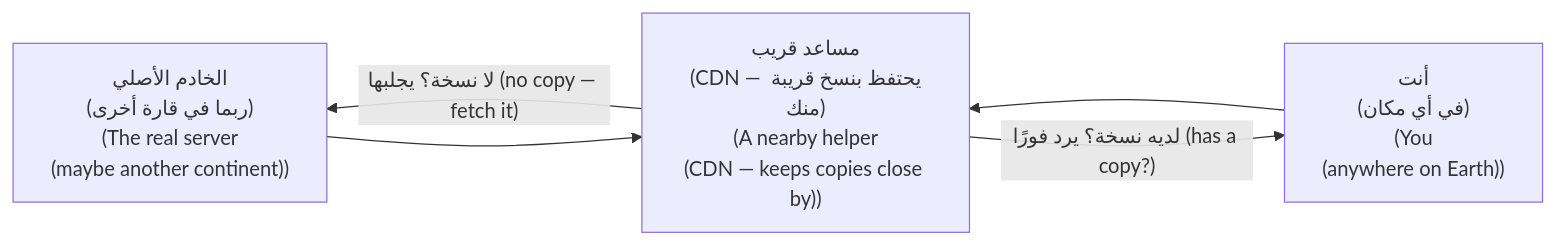
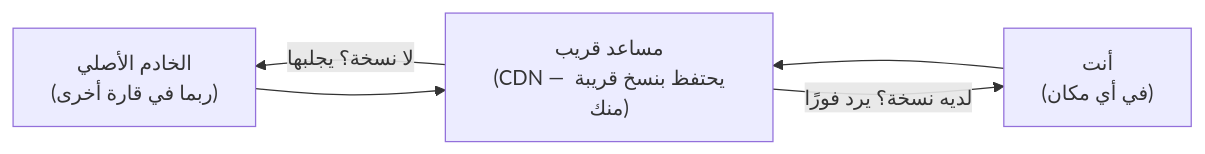
One commit to Tamoura/system-design-for-vibe-coders changed the second of 7 diagrams in modules/00-foundations/foundations.ar.md. Above: the diagram before and after it, drawn with Mermaid. The commit also changed other lines of this file and 551 other files, not shown here.

````diff
--- a/modules/00-foundations/foundations.ar.md
+++ b/modules/00-foundations/foundations.ar.md
@@ -48,7 +57,7 @@
 ```mermaid
 flowchart RL
-    Y["أنت<br/>(في أي مكان)<br/>(You<br/>(anywhere on Earth))"] --> C["مساعد قريب<br/>(CDN — يحتفظ بنسخ قريبة منك)<br/>(A nearby helper<br/>(CDN — keeps copies close by))"]
-    C -->|"لديه نسخة؟ يرد فورًا (has a copy?)"| Y
-    C -->|"لا نسخة؟ يجلبها (no copy — fetch it)"| S["الخادم الأصلي<br/>(ربما في قارة أخرى)<br/>(The real server<br/>(maybe another continent))"]
+    Y["أنت<br/>(في أي مكان)"] --> C["مساعد قريب<br/>(CDN — يحتفظ بنسخ قريبة منك)"]
+    C -->|"لديه نسخة؟ يرد فورًا"| Y
+    C -->|"لا نسخة؟ يجلبها"| S["الخادم الأصلي<br/>(ربما في قارة أخرى)"]
     S --> C
 ```
````
